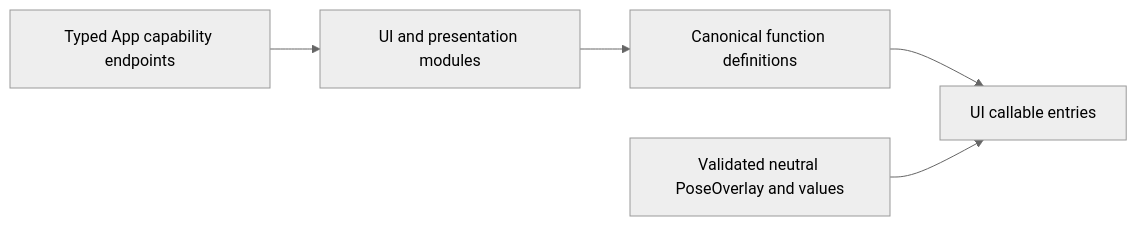
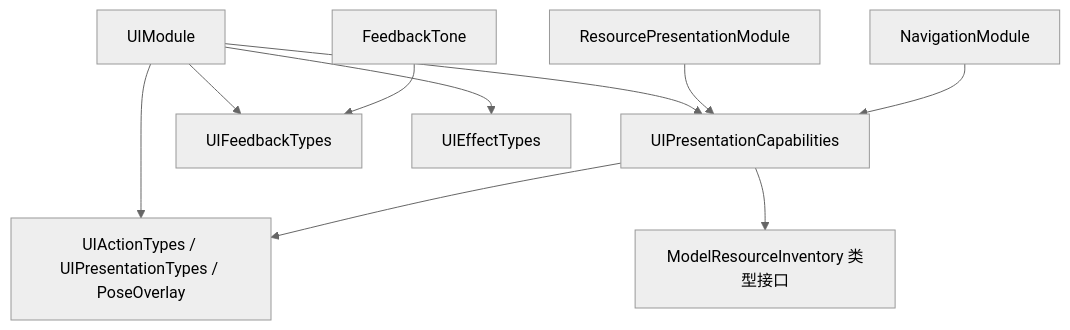
Before and after one commit to devilyouwei/MobileHarness: the second of 2 diagrams in MobileHarness/Actions/UI/Support/README.md, drawn with Mermaid (neutral theme). The commit also changed other lines of this file and 108 other files, not shown here.

````diff
--- a/MobileHarness/Actions/UI/Support/README.md
+++ b/MobileHarness/Actions/UI/Support/README.md
@@ -15,7 +22,12 @@
 ```mermaid
-flowchart LR
- Host[Typed App capability endpoints] --> Modules[UI and presentation modules]
- Modules --> Definitions[Canonical function definitions]
- Definitions --> Entries[UI callable entries]
- Payload[Validated neutral PoseOverlay and values] --> Entries
+flowchart TB
+    UI[UIModule] --> Presentation[UIPresentationCapabilities]
+    UI --> Values[UIActionTypes / UIPresentationTypes / PoseOverlay]
+    UI --> Feedback[UIFeedbackTypes]
+    UI --> Effects[UIEffectTypes]
+    Tone[FeedbackTone] --> Feedback
+    Resource[ResourcePresentationModule] --> Presentation
+    Navigation[NavigationModule] --> Presentation
+    Presentation --> Values
+    Presentation --> Inventory[ModelResourceInventory 类型接口]
 ```
````
